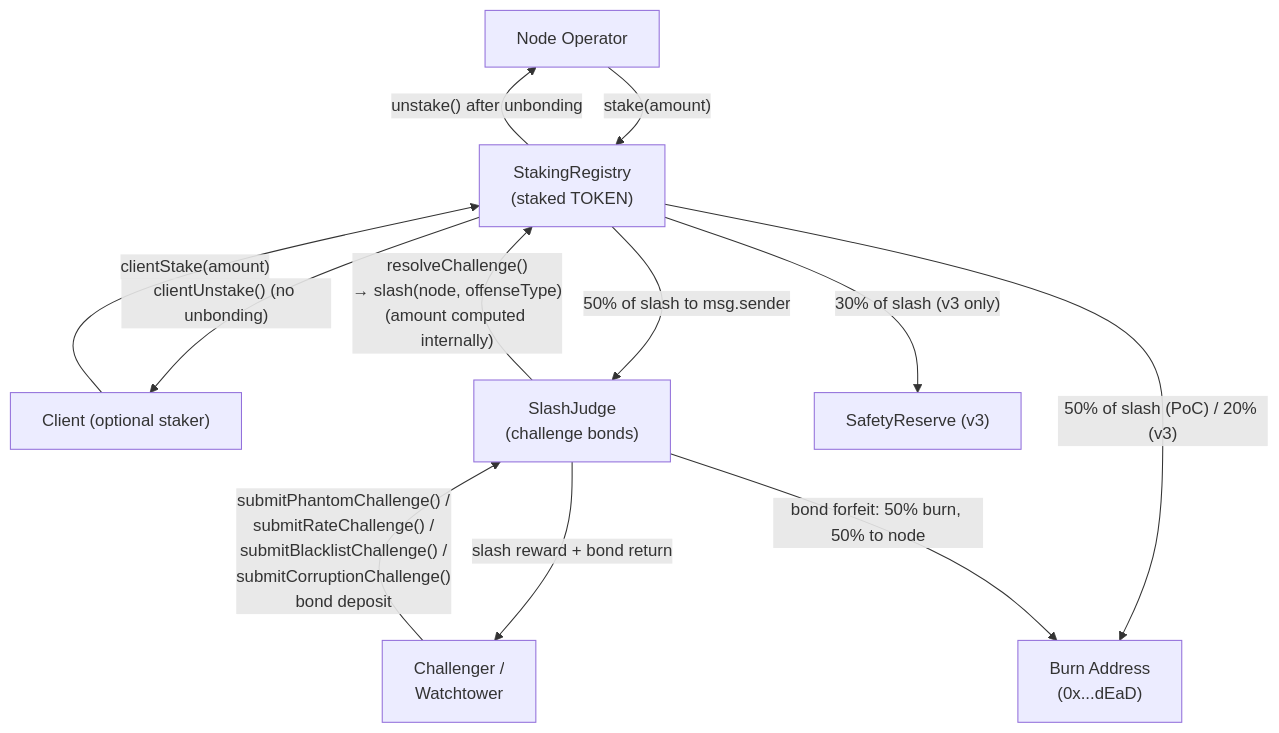
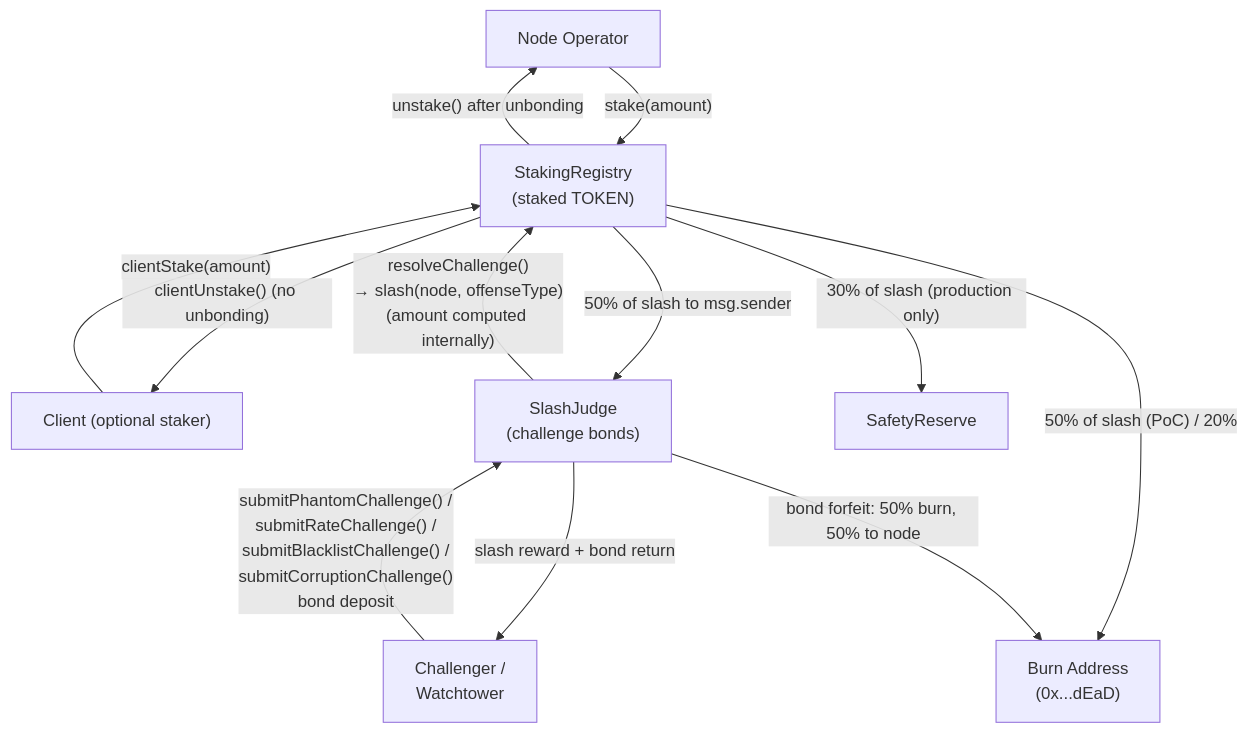
Before and after one commit to decdn/decdn: the fifth of 5 diagrams in adr/016-contract-interactions.md, drawn with Mermaid. The commit also changed other lines of this file and 6 other files, not shown here.

````diff
--- a/adr/016-contract-interactions.md
+++ b/adr/016-contract-interactions.md
@@ -357,22 +357,22 @@
 ```mermaid
 flowchart TD
     Operator["Node Operator"]
     ClientStaker["Client (optional staker)"]
     SR["StakingRegistry<br/>(staked TOKEN)"]
     SJ["SlashJudge<br/>(challenge bonds)"]
     Challenger["Challenger /<br/>Watchtower"]
-    SAFE["SafetyReserve (v3)"]
+    SAFE["SafetyReserve"]
     BURN["Burn Address<br/>(0x...dEaD)"]
 
     Operator -->|"stake(amount)"| SR
     SR -->|"unstake() after unbonding"| Operator
     ClientStaker -->|"clientStake(amount)"| SR
     SR -->|"clientUnstake() (no unbonding)"| ClientStaker
     Challenger -->|"submitPhantomChallenge() /<br/>submitRateChallenge() /<br/>submitBlacklistChallenge() /<br/>submitCorruptionChallenge()<br/>bond deposit"| SJ
     SJ -->|"resolveChallenge()<br/>→ slash(node, offenseType)<br/>(amount computed internally)"| SR
     SR -->|"50% of slash to msg.sender"| SJ
-    SR -->|"30% of slash (v3 only)"| SAFE
-    SR -->|"50% of slash (PoC) / 20% (v3)"| BURN
+    SR -->|"30% of slash (production only)"| SAFE
+    SR -->|"50% of slash (PoC) / 20%"| BURN
     SJ -->|"slash reward + bond return"| Challenger
     SJ -->|"bond forfeit: 50% burn, 50% to node"| BURN
 ```
````
